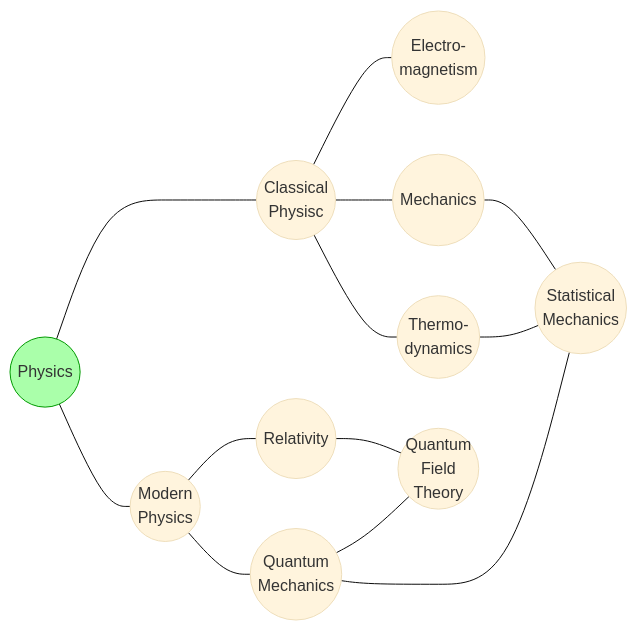
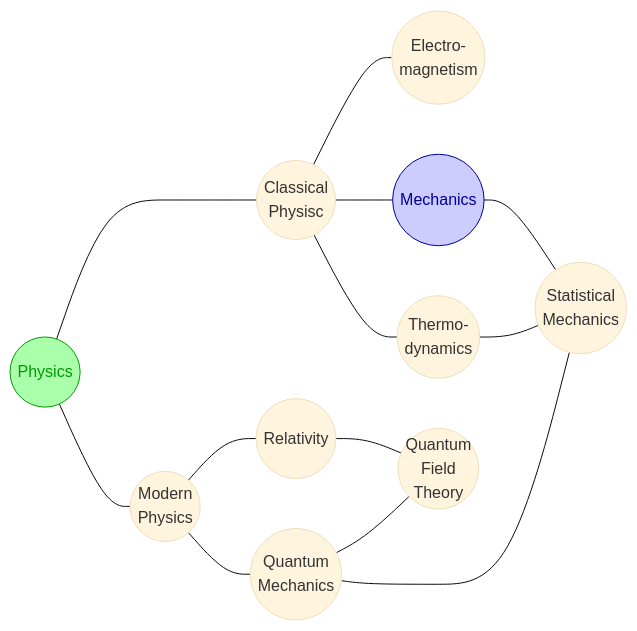
The diagram in maps/phys/README.md (dudung/moparc), drawn with Mermaid (base theme) before and after one commit. The commit also changed 1 other file, not shown here.

Commit message:
update with style

````diff
--- a/maps/phys/README.md
+++ b/maps/phys/README.md
@@ -4,26 +4,28 @@
 ```mermaid
 flowchart LR
   %% links
   phys --- clas & mode
   clas --- elem & mech & ther
   mode --- rela & quan --- qfth
   mech & ther --- stat
   quan ---- stat
   %% elements
   phys(( Physics ))
   clas(( Classical<br>Physisc ))
     mech(( Mechanics ))
     ther(( Thermo-<br>dynamics ))
     elem(( Electro-<br>magnetism ))
   mode(( Modern<br>Physics ))
     rela(( Relativity ))
     quan(( Quantum<br>Mechanics ))
     qfth(( Quantum<br>Field<br>Theory))
   stat(( Statistical<br>Mechanics ))
   %% pages
   click phys "https://github.com/dudung/moparc/tree/main/maps" _self
   click mech "https://github.com/dudung/moparc/tree/main/maps/phys/mech" _self
   %% styles
-  classDef prev fill:#afa,stroke:#090,stroke-width:1px;
+  classDef prev fill:#afa,stroke:#090,stroke-width:1px,color:#090;
+  classDef next fill:#ccf,stroke:#009,stroke-width:1px,color:#009;
   class phys prev;
+  class mech next;
 ```
````
